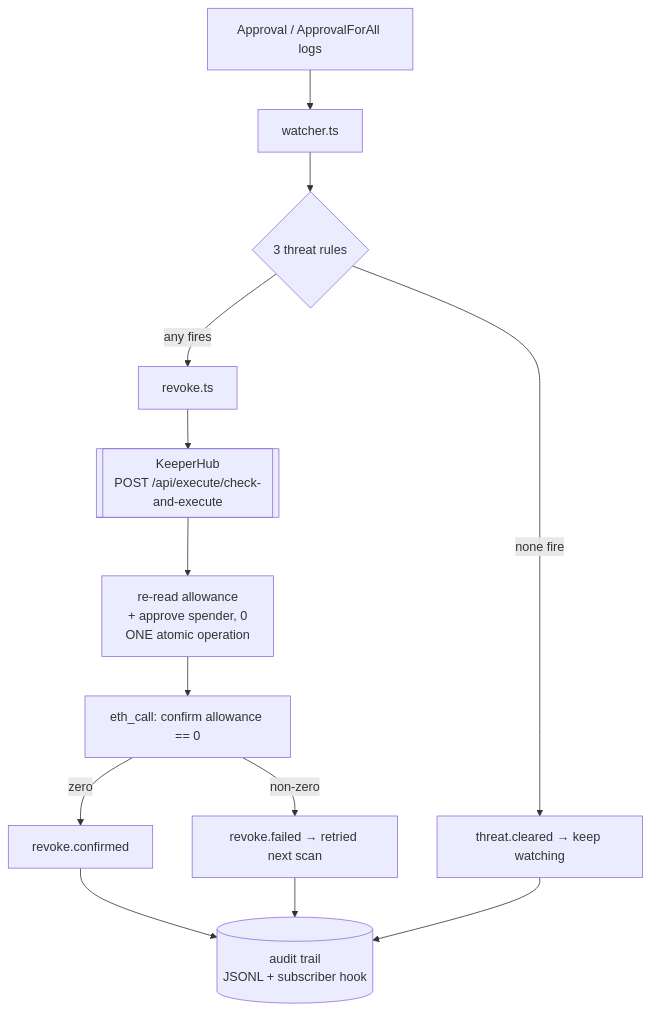
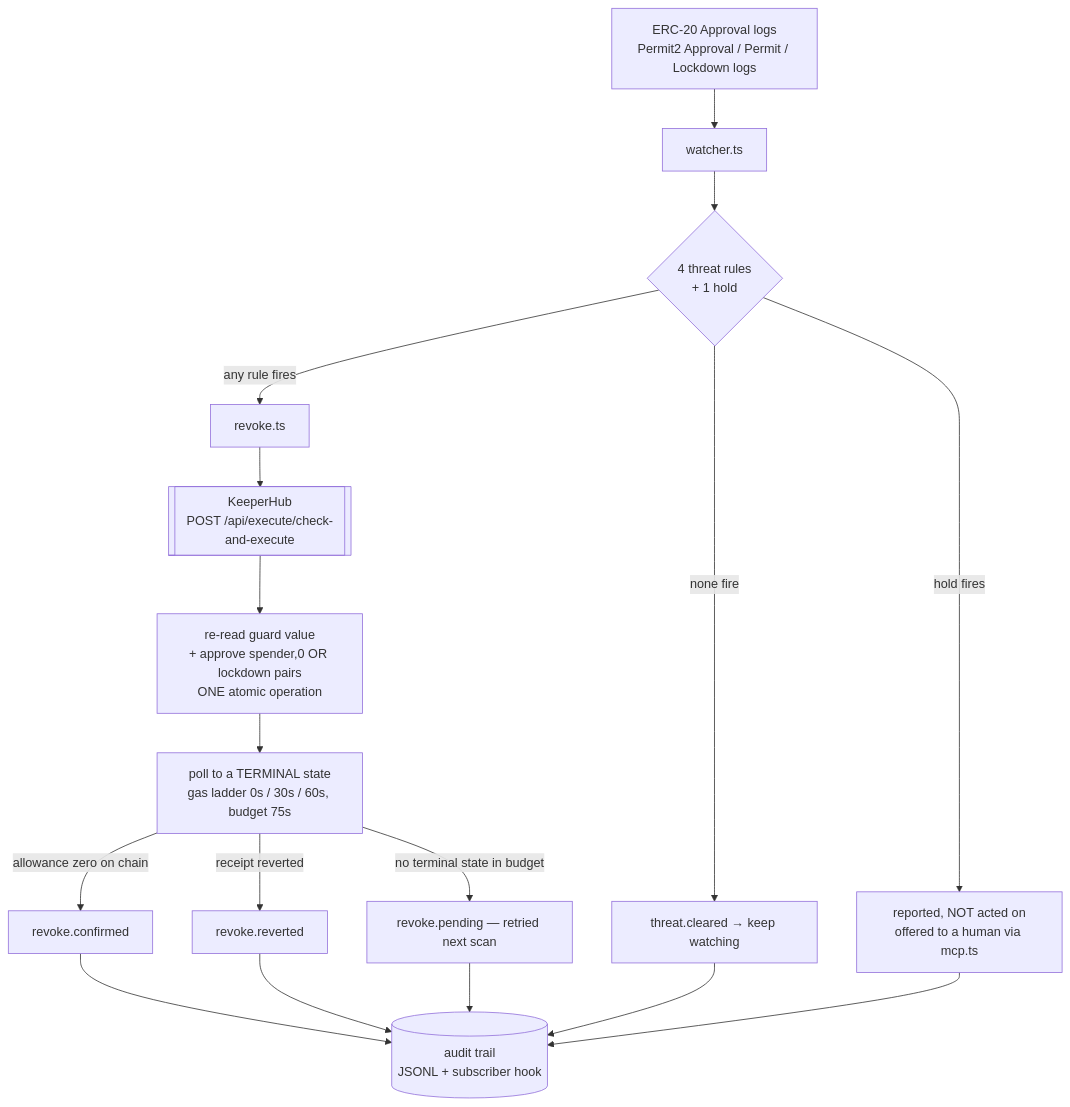
The first of 2 diagrams in ARCHITECTURE.md (edycutjong/revoker), drawn with Mermaid before and after one commit. The commit also changed other lines of this file and 53 other files, not shown here.

First line of the commit message:
Audit fixes: prove Permit2 on-chain, retract three false claims, bound the retry loop (#28)

````diff
--- a/ARCHITECTURE.md
+++ b/ARCHITECTURE.md
@@ -16,15 +46,19 @@
 ```mermaid
 flowchart TD
-    A[Approval / ApprovalForAll logs] --> B[watcher.ts]
-    B --> C{3 threat rules}
+    A[ERC-20 Approval logs<br/>Permit2 Approval / Permit / Lockdown logs] --> B[watcher.ts]
+    B --> C{4 threat rules<br/>+ 1 hold}
     C -->|none fire| D[threat.cleared → keep watching]
-    C -->|any fires| E[revoke.ts]
+    C -->|hold fires| H2[reported, NOT acted on<br/>offered to a human via mcp.ts]
+    C -->|any rule fires| E[revoke.ts]
     E --> F[["KeeperHub<br/>POST /api/execute/check-and-execute"]]
-    F --> G[re-read allowance<br/>+ approve spender, 0<br/>ONE atomic operation]
-    G --> H[eth_call: confirm allowance == 0]
-    H -->|zero| I[revoke.confirmed]
-    H -->|non-zero| J[revoke.failed → retried next scan]
+    F --> G[re-read guard value<br/>+ approve spender,0 OR lockdown pairs<br/>ONE atomic operation]
+    G --> P[poll to a TERMINAL state<br/>gas ladder 0s / 30s / 60s, budget 75s]
+    P -->|allowance zero on chain| I[revoke.confirmed]
+    P -->|receipt reverted| R[revoke.reverted]
+    P -->|no terminal state in budget| J[revoke.pending — retried next scan]
     I --> K[(audit trail<br/>JSONL + subscriber hook)]
+    R --> K
     J --> K
     D --> K
+    H2 --> K
 ```
````
